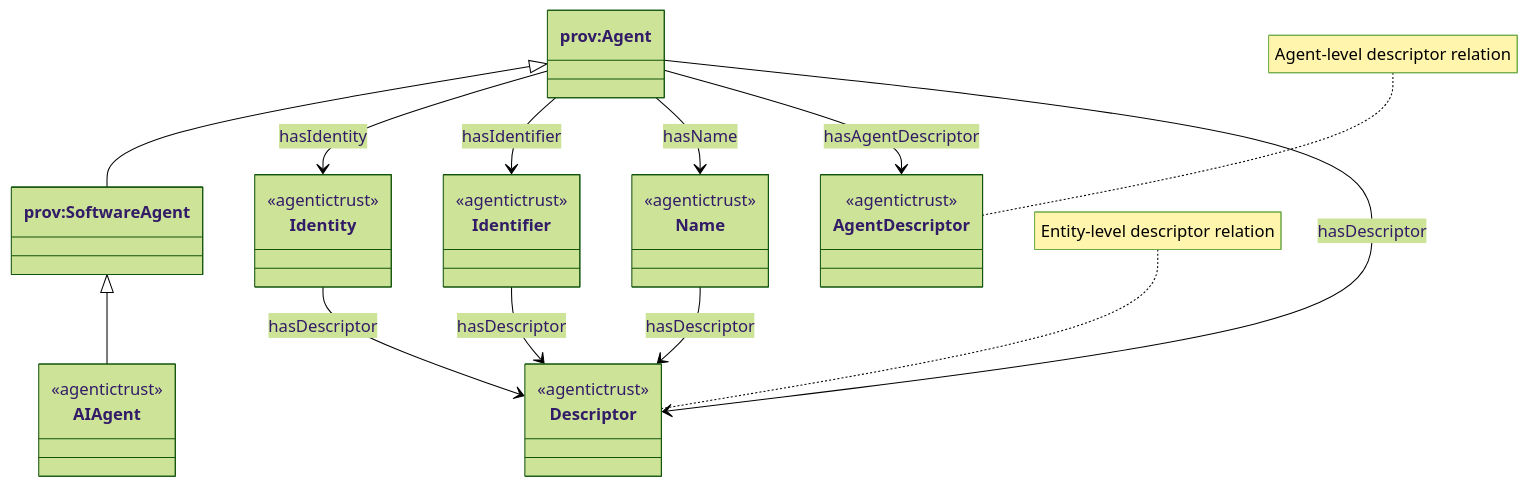
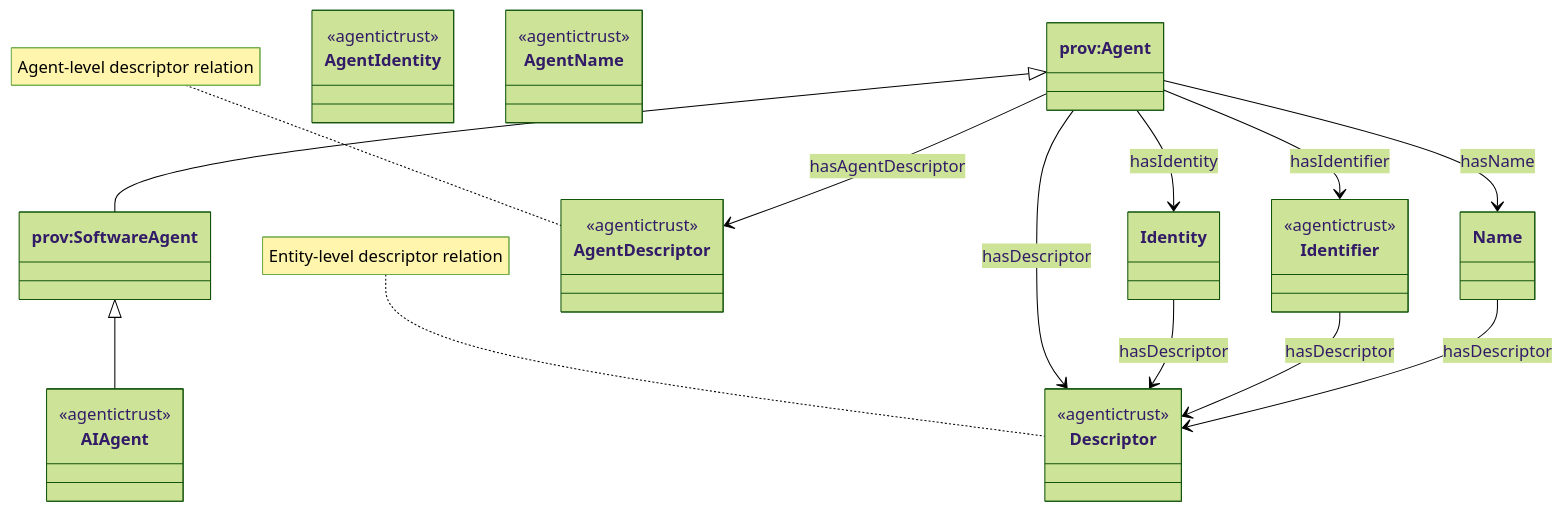
The second of 3 diagrams in docs/ontology/agent.md (Agentic-Trust-Layer/agent-explorer), drawn with Mermaid (forest theme) before and after one commit. The commit also changed other lines of this file and 10 other files, not shown here.

Commit message:
update adding agent to front of Identity and Name

````diff
--- a/docs/ontology/agent.md
+++ b/docs/ontology/agent.md
@@ -113,42 +113,42 @@
 ```mermaid
 classDiagram
     class provAgent["prov:Agent"]
     class provSoftwareAgent["prov:SoftwareAgent"]
     class AIAgent {
         <<agentictrust>>
     }
 
-    class Identity {
+    class AgentIdentity {
         <<agentictrust>>
     }
     class Identifier {
         <<agentictrust>>
     }
-    class Name {
+    class AgentName {
         <<agentictrust>>
     }
 
     class Descriptor {
         <<agentictrust>>
     }
     class AgentDescriptor {
         <<agentictrust>>
     }
 
     provAgent <|-- provSoftwareAgent
     provSoftwareAgent <|-- AIAgent
 
     provAgent --> Identity : hasIdentity
     provAgent --> Identifier : hasIdentifier
     provAgent --> Name : hasName
 
     provAgent --> AgentDescriptor : hasAgentDescriptor
 
     provAgent --> Descriptor : hasDescriptor
     Identity --> Descriptor : hasDescriptor
     Identifier --> Descriptor : hasDescriptor
     Name --> Descriptor : hasDescriptor
 
     note for AgentDescriptor "Agent-level descriptor relation"
     note for Descriptor "Entity-level descriptor relation"
 ```
````
